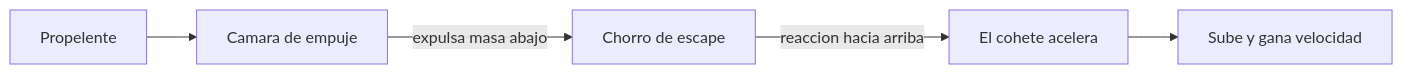
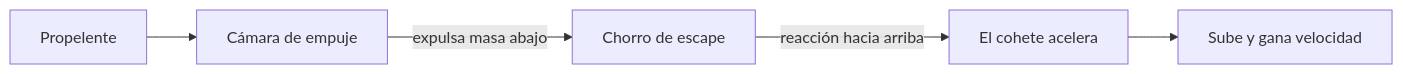
One commit to vladimiracunadev-create/machine-operator-program changed the second of 3 diagrams in vehiculos-fantasticos/thunderbird-3/operacion/sistemas-mecanicos-thunderbird-3.md. Above: the diagram before and after it, drawn with Mermaid. The commit also changed other lines of this file and 442 other files, not shown here.

````diff
--- a/vehiculos-fantasticos/thunderbird-3/operacion/sistemas-mecanicos-thunderbird-3.md
+++ b/vehiculos-fantasticos/thunderbird-3/operacion/sistemas-mecanicos-thunderbird-3.md
@@ -39,7 +39,7 @@
 ```mermaid
 flowchart LR
-    Deposito[Propelente] --> Camara[Camara de empuje]
+    Deposito[Propelente] --> Camara[Cámara de empuje]
     Camara -->|expulsa masa abajo| Chorro[Chorro de escape]
-    Chorro -->|reaccion hacia arriba| Cohete[El cohete acelera]
+    Chorro -->|reacción hacia arriba| Cohete[El cohete acelera]
     Cohete --> Sube[Sube y gana velocidad]
 ```
````
